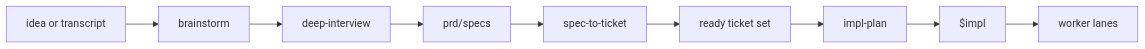
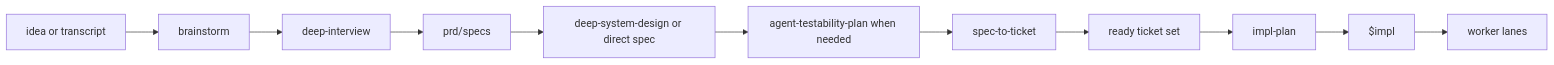
The second of 6 diagrams in README.md (ZanarkandTechnologies/Farplane), drawn with Mermaid before and after one commit. The commit also changed other lines of this file and 24 other files, not shown here.

Commit message:
feat(skills): add agent-testability planning surface

````diff
--- a/README.md
+++ b/README.md
@@ -237,11 +245,13 @@
 ```mermaid
 flowchart LR
     A[idea or transcript] --> B[brainstorm]
     B --> C[deep-interview]
     C --> D[prd/specs]
-    D --> E[spec-to-ticket]
-    E --> F[ready ticket set]
-    F --> G[impl-plan]
-    G --> H[$impl]
-    H --> I[worker lanes]
+    D --> E[deep-system-design or direct spec]
+    E --> F[agent-testability-plan when needed]
+    F --> G[spec-to-ticket]
+    G --> H[ready ticket set]
+    H --> I[impl-plan]
+    I --> J[$impl]
+    J --> K[worker lanes]
 ```
````
